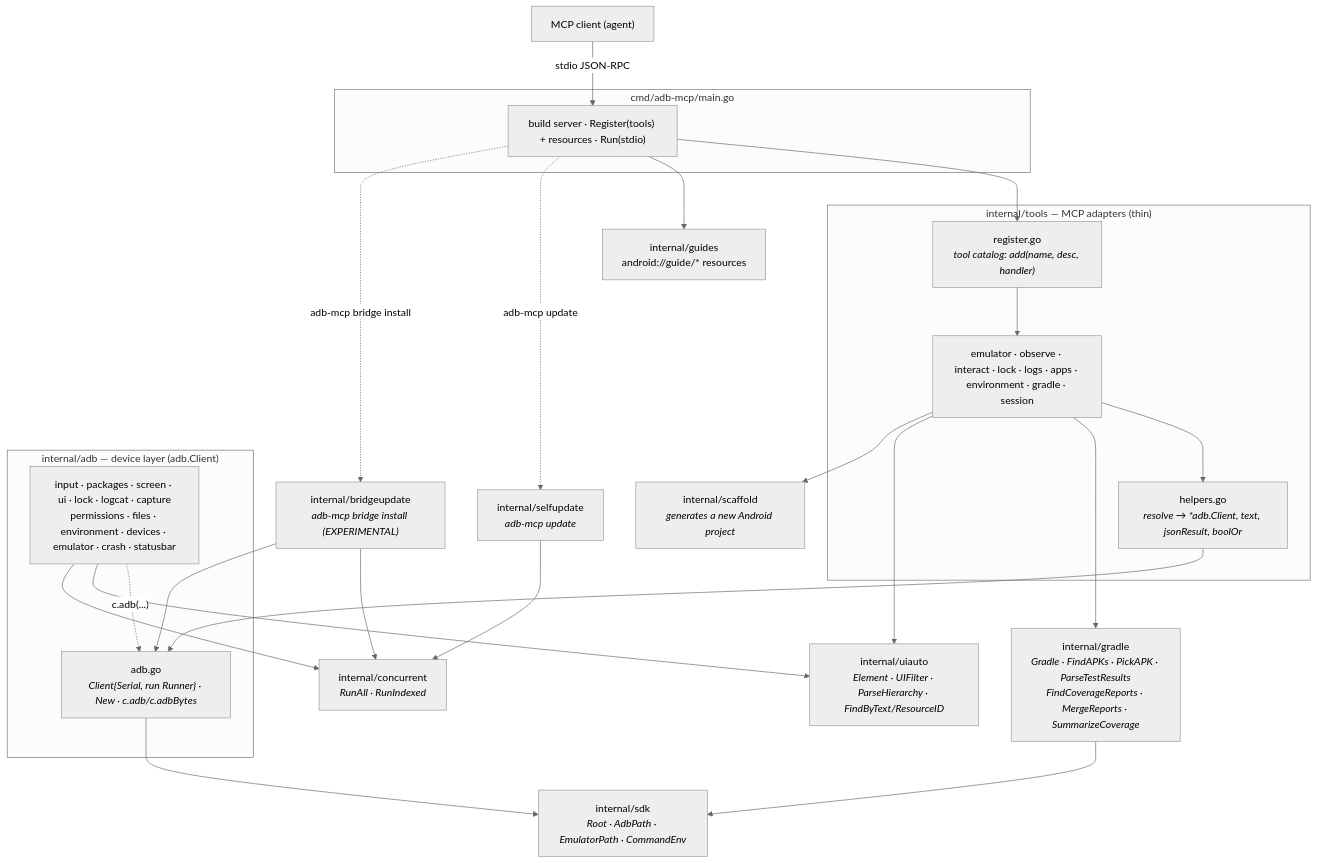
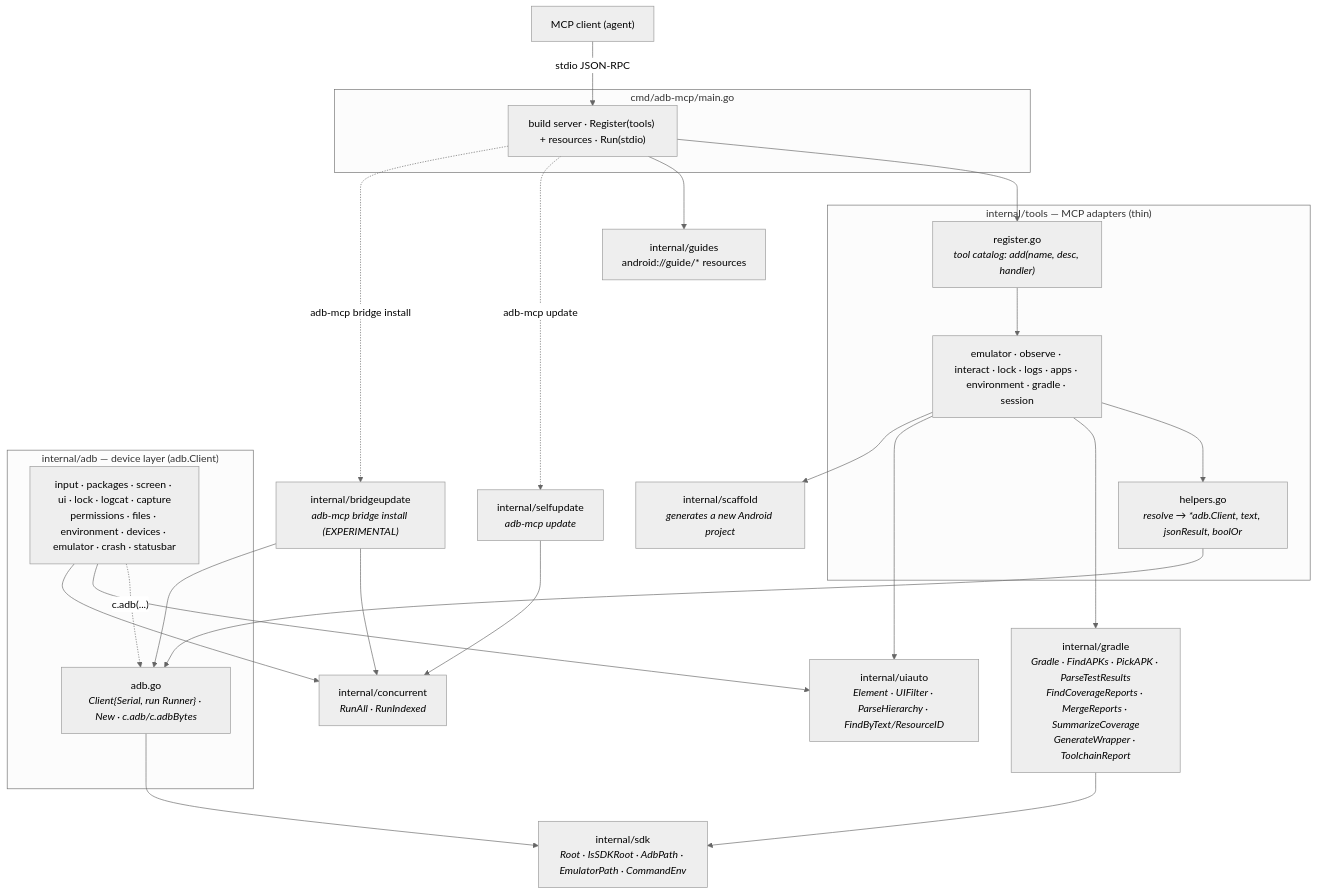
One commit to iksnerd/adb-mcp changed the diagram in ARCHITECTURE.md. Above: the diagram before and after it, drawn with Mermaid (neutral theme). The commit also changed other lines of this file and 1 other file, not shown here.

First line of the commit message:
ARCHITECTURE: catch up to the doctor/toolchain and SDK-env changes

````diff
--- a/ARCHITECTURE.md
+++ b/ARCHITECTURE.md
@@ -38,50 +38,50 @@
 ```mermaid
 flowchart TB
     client["MCP client (agent)"]
 
     subgraph entry["cmd/adb-mcp/main.go"]
         server["build server · Register(tools) + resources · Run(stdio)"]
     end
 
     subgraph tools["internal/tools — MCP adapters (thin)"]
         register["register.go<br/><i>tool catalog: add(name, desc, handler)</i>"]
         t_files["emulator · observe · interact · lock · logs · apps · environment · gradle · session"]
         t_helpers["helpers.go<br/><i>resolve → *adb.Client, text, jsonResult, boolOr</i>"]
     end
 
     subgraph adb["internal/adb — device layer (adb.Client)"]
         client_t["adb.go<br/><i>Client{Serial, run Runner} · New · c.adb/c.adbBytes</i>"]
         a_cmds["input · packages · screen · ui · lock · logcat · capture<br/>permissions · files · environment · devices · emulator · crash · statusbar"]
     end
 
-    gradle["internal/gradle<br/><i>Gradle · FindAPKs · PickAPK · ParseTestResults<br/>FindCoverageReports · MergeReports · SummarizeCoverage</i>"]
+    gradle["internal/gradle<br/><i>Gradle · FindAPKs · PickAPK · ParseTestResults<br/>FindCoverageReports · MergeReports · SummarizeCoverage<br/>GenerateWrapper · ToolchainReport</i>"]
     uiauto["internal/uiauto<br/><i>Element · UIFilter · ParseHierarchy · FindByText/ResourceID</i>"]
-    sdk["internal/sdk<br/><i>Root · AdbPath · EmulatorPath · CommandEnv</i>"]
+    sdk["internal/sdk<br/><i>Root · IsSDKRoot · AdbPath · EmulatorPath · CommandEnv</i>"]
     concurrent["internal/concurrent<br/><i>RunAll · RunIndexed</i>"]
     guides["internal/guides<br/>android://guide/* resources"]
     scaffold["internal/scaffold<br/><i>generates a new Android project</i>"]
     selfupdate["internal/selfupdate<br/><i>adb-mcp update</i>"]
     bridgeupdate["internal/bridgeupdate<br/><i>adb-mcp bridge install (EXPERIMENTAL)</i>"]
 
     client -->|stdio JSON-RPC| server
     server --> register
     server --> guides
     server -. "adb-mcp update" .-> selfupdate
     server -. "adb-mcp bridge install" .-> bridgeupdate
     register --> t_files
     t_files --> t_helpers
 
     t_helpers --> client_t
     t_files --> gradle
     t_files --> uiauto
     t_files --> scaffold
 
     a_cmds -. "c.adb(...)" .-> client_t
     a_cmds --> uiauto
     a_cmds --> concurrent
     bridgeupdate --> client_t
     bridgeupdate --> concurrent
     selfupdate --> concurrent
     client_t --> sdk
     gradle --> sdk
 ```
````
